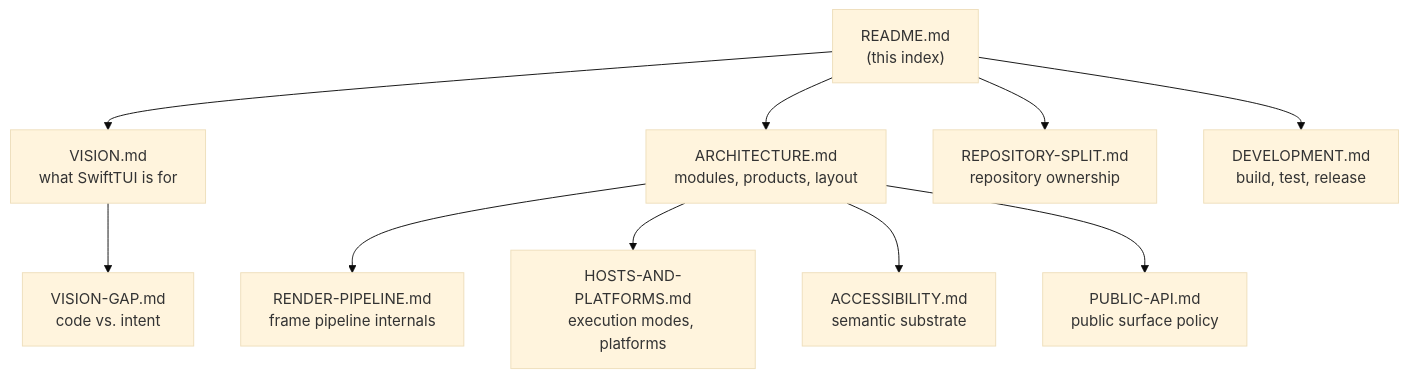
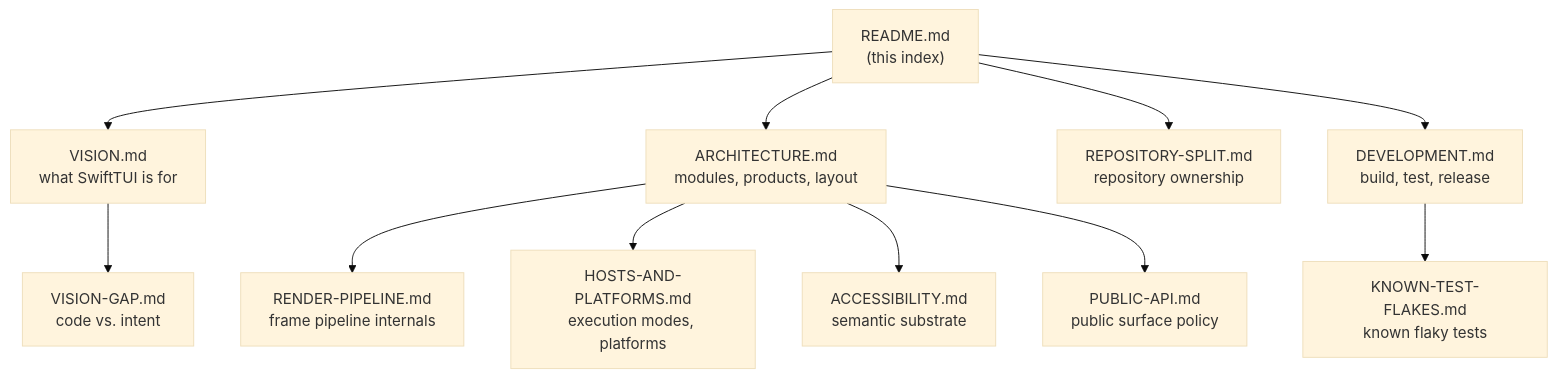
One commit to SwiftTUI/swift-tui changed the diagram in docs/README.md. Above: the diagram before and after it, drawn with Mermaid (base theme). The commit also changed other lines of this file and 2 other files, not shown here.

Commit message:
docs: add KNOWN-TEST-FLAKES.md — central register of known flaky tests
Consolidate previously-scattered flake knowledge (memory notes, plan docs,
inline test comments) into one register with a triage rule for telling a
flake from a real regression.

Two active flakes:
- Run-loop SIGSEGV/SIGBUS memory corruption (swift-tui#12): load/timing-
  sensitive, sanitizer-invisible, not reproducible on demand.
- OffscreenFrameElisionRuntimeTests off-screen-deadline-tick: a real-time
  .now() deadline race under parallel load that fails identically on main
  with zero retained reuse and passes in isolation (not a reuse regression).

Also records the gate's flake-resistance posture (poll-free synchronisation,
no in-gate wall-clock budgets, no automatic retries) so a new flake stands
out. Linked from docs/README.md and docs/DEVELOPMENT.md.

````diff
--- a/docs/README.md
+++ b/docs/README.md
@@ -14,23 +14,25 @@
 ```mermaid
 flowchart TD
     README["README.md<br/>(this index)"]
     VISION["VISION.md<br/>what SwiftTUI is for"]
     GAP["VISION-GAP.md<br/>code vs. intent"]
     ARCH["ARCHITECTURE.md<br/>modules, products, layout"]
     SPLIT["REPOSITORY-SPLIT.md<br/>repository ownership"]
     PIPE["RENDER-PIPELINE.md<br/>frame pipeline internals"]
     HOSTS["HOSTS-AND-PLATFORMS.md<br/>execution modes, platforms"]
     A11Y["ACCESSIBILITY.md<br/>semantic substrate"]
     API["PUBLIC-API.md<br/>public surface policy"]
     DEV["DEVELOPMENT.md<br/>build, test, release"]
+    FLAKES["KNOWN-TEST-FLAKES.md<br/>known flaky tests"]
 
     README --> VISION
     README --> ARCH
     README --> SPLIT
     README --> DEV
     VISION --> GAP
     ARCH --> PIPE
     ARCH --> HOSTS
     ARCH --> A11Y
     ARCH --> API
+    DEV --> FLAKES
 ```
````
